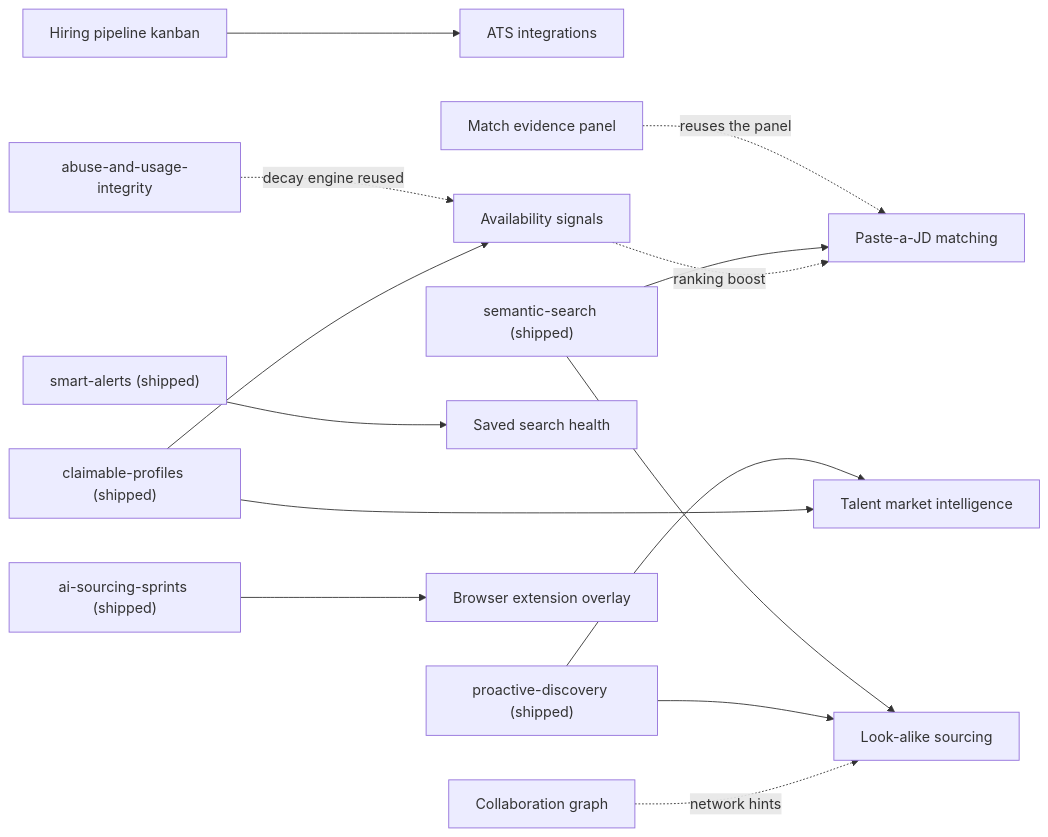
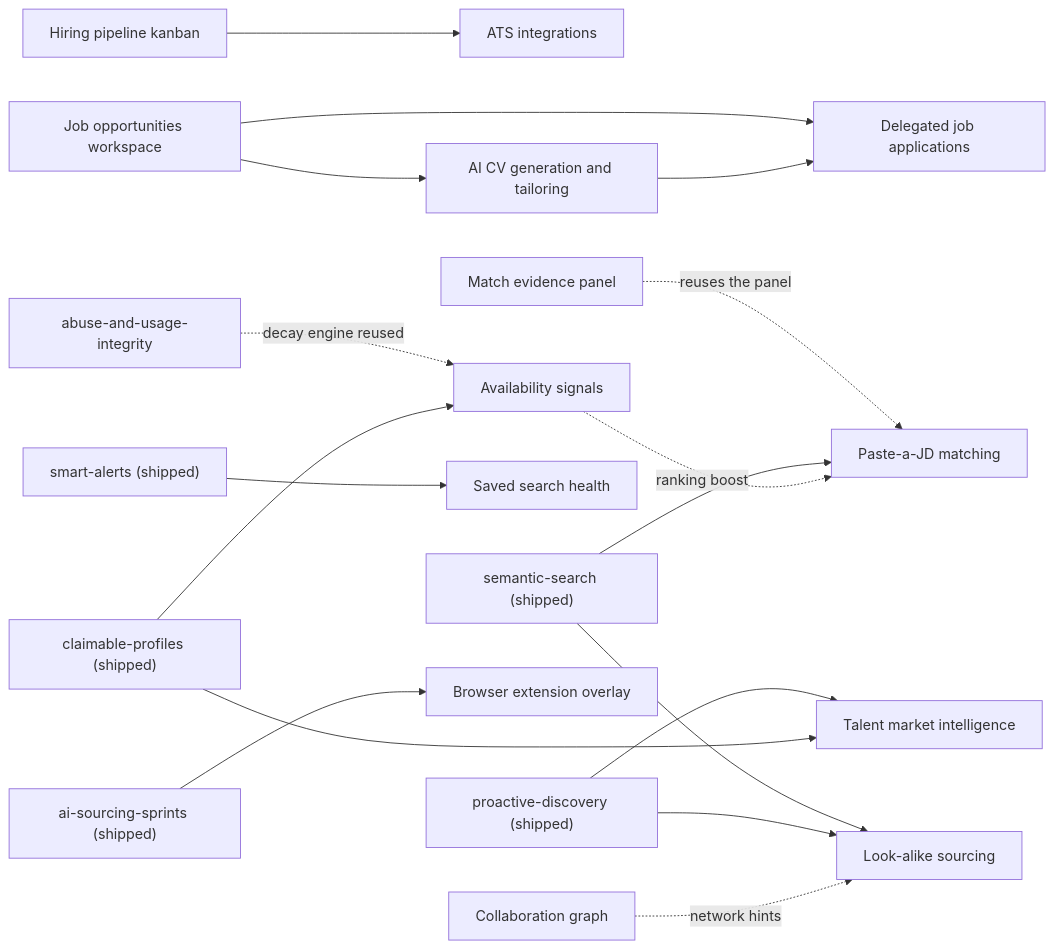
One commit to eddremonts86/builderhunt changed the diagram in plans/phase-2/README.md. Above: the diagram before and after it, drawn with Mermaid. The commit also changed other lines of this file and 68 other files, not shown here.

````diff
--- a/plans/phase-2/README.md
+++ b/plans/phase-2/README.md
@@ -77,18 +90,21 @@
 ```mermaid
 flowchart LR
   PIPELINE["Hiring pipeline kanban"] --> ATS["ATS integrations"]
   EVIDENCE["Match evidence panel"] -. "reuses the panel" .-> JD["Paste-a-JD matching"]
+  JOBS["Job opportunities workspace"] --> CVS["AI CV generation and tailoring"]
+  JOBS --> APPS["Delegated job applications"]
+  CVS --> APPS
 
   SEMANTIC["semantic-search (shipped)"] --> JD
   SEMANTIC --> LOOKALIKE["Look-alike sourcing"]
   DISCOVERY["proactive-discovery (shipped)"] --> LOOKALIKE
   DISCOVERY --> MARKET["Talent market intelligence"]
   ALERTS["smart-alerts (shipped)"] --> HEALTH["Saved search health"]
   ABUSE["abuse-and-usage-integrity"] -. "decay engine reused" .-> AVAIL["Availability signals"]
   CLAIMS["claimable-profiles (shipped)"] --> AVAIL
   CLAIMS --> MARKET
   SPRINTS["ai-sourcing-sprints (shipped)"] --> EXT["Browser extension overlay"]
 
   AVAIL -. "ranking boost" .-> JD
   COLLAB["Collaboration graph"] -. "network hints" .-> LOOKALIKE
 ```
````
